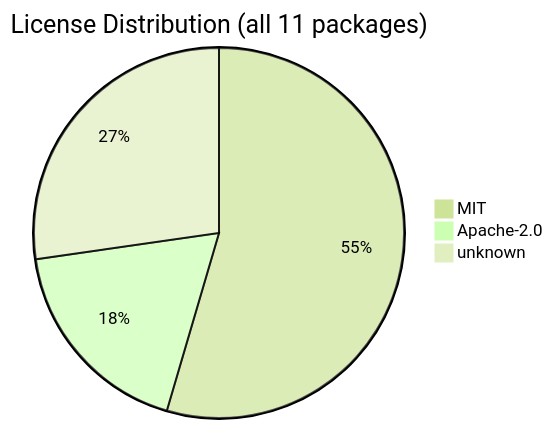
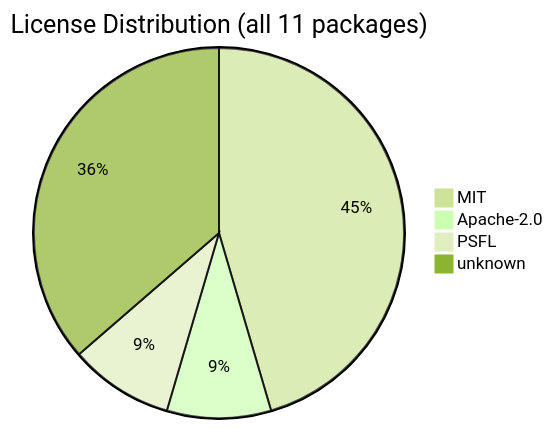
One commit to svenroth-ai/shipwright changed the diagram in .shipwright/compliance/sbom.md. Above: the diagram before and after it, drawn with Mermaid (forest theme). The commit also changed other lines of this file and 26 other files, not shown here.

````diff
--- a/.shipwright/compliance/sbom.md
+++ b/.shipwright/compliance/sbom.md
@@ -18,6 +18,7 @@
 ```mermaid
 pie title License Distribution (all 11 packages)
-    "MIT" : 6
-    "Apache-2.0" : 2
-    "unknown" : 3
+    "MIT" : 5
+    "Apache-2.0" : 1
+    "PSFL" : 1
+    "unknown" : 4
 ```
````
